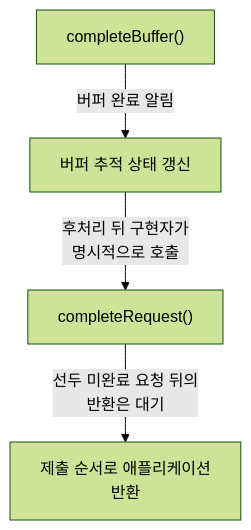
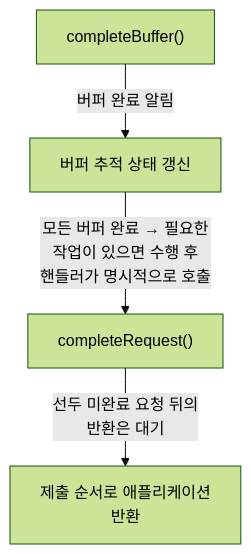
One commit to TTolsun/libcamera-sdd changed the second of 3 diagrams in docs/pipeline-requests.md. Above: the diagram before and after it, drawn with Mermaid (forest theme). The commit also changed other lines of this file and 95 other files, not shown here.

````diff
--- a/docs/pipeline-requests.md
+++ b/docs/pipeline-requests.md
@@ -90,11 +87,11 @@
 ```mermaid
 flowchart TB
-%% sdd:translations {"completeBuffer()": "completeBuffer()", "completeRequest()": "completeRequest()", "버퍼 완료 알림": "Notify buffer completion", "버퍼 추적 상태 갱신": "Update buffer completion <br/>tracking", "선두 미완료 요청 뒤의 <br/>반환은 대기": "Wait behind an incomplete <br/>head request", "제출 순서로 애플리케이션 <br/>반환": "Return to application in <br/>submission order", "후처리 뒤 구현자가 <br/>명시적으로 호출": "Handler explicitly <br/>completes after remaining <br/>work"}
-  v_buffer["completeBuffer()"]
+%% sdd:translations {"completeBuffer#40;#41;": "completeBuffer#40;#41;", "completeRequest#40;#41;": "completeRequest#40;#41;", "모든 버퍼 완료 → 필요한 <br/>작업이 있으면 수행 후 <br/>핸들러가 명시적으로 호출": "All buffers complete → <br/>handler performs any <br/>remaining work if needed, <br/>then explicitly calls", "버퍼 완료 알림": "Notify buffer completion", "버퍼 추적 상태 갱신": "Update buffer completion <br/>tracking", "선두 미완료 요청 뒤의 <br/>반환은 대기": "Wait behind an incomplete <br/>head request", "제출 순서로 애플리케이션 <br/>반환": "Return to application in <br/>submission order"}
+  v_buffer["completeBuffer#40;#41;"]
   v_remaining["버퍼 추적 상태 갱신"]
-  v_request["completeRequest()"]
+  v_request["completeRequest#40;#41;"]
   v_application["제출 순서로 애플리케이션 <br/>반환"]
   v_buffer -->|"버퍼 완료 알림"| v_remaining
-  v_remaining -->|"후처리 뒤 구현자가 <br/>명시적으로 호출"| v_request
+  v_remaining -->|"모든 버퍼 완료 → 필요한 <br/>작업이 있으면 수행 후 <br/>핸들러가 명시적으로 호출"| v_request
   v_request -->|"선두 미완료 요청 뒤의 <br/>반환은 대기"| v_application
 ```
````
